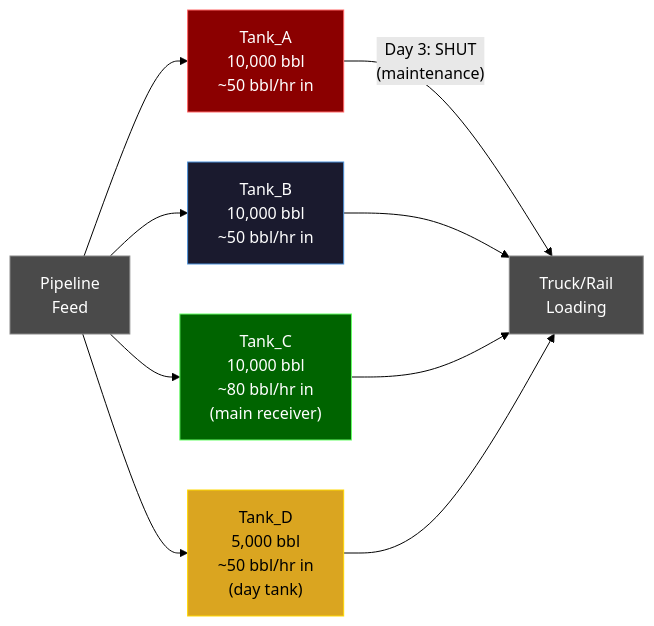
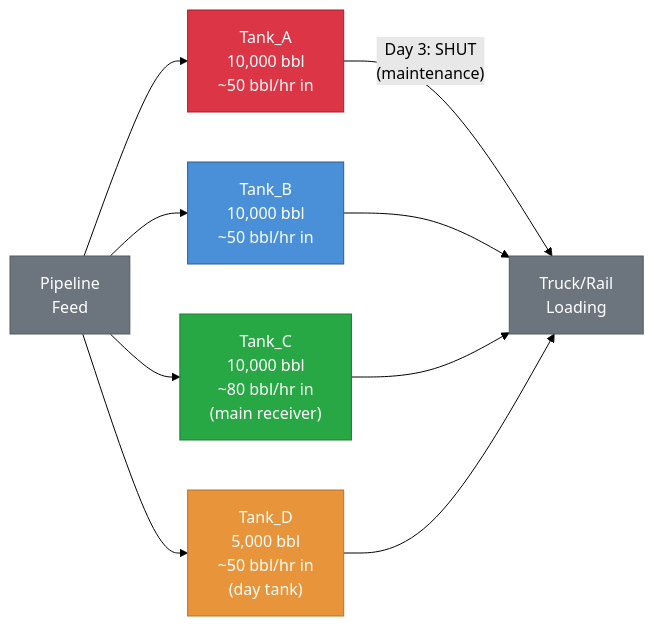
The seventh of 7 diagrams in docs/simulation/patterns/process_engineering.md (henryodibi11/Odibi), drawn with Mermaid (forest theme) before and after one commit. The commit also changed other lines of this file and 7 other files, not shown here.

First line of the commit message:
Fix mermaid diagram colors for readability across all 26 diagrams

````diff
--- a/docs/simulation/patterns/process_engineering.md
+++ b/docs/simulation/patterns/process_engineering.md
@@ -1566,18 +1566,18 @@
 ```mermaid
 flowchart LR
     P["Pipeline\nFeed"] --> A["Tank_A\n10,000 bbl\n~50 bbl/hr in"]
     P --> B["Tank_B\n10,000 bbl\n~50 bbl/hr in"]
     P --> C["Tank_C\n10,000 bbl\n~80 bbl/hr in\n(main receiver)"]
     P --> D["Tank_D\n5,000 bbl\n~50 bbl/hr in\n(day tank)"]
     A -->|"Day 3: SHUT\n(maintenance)"| T1["Truck/Rail\nLoading"]
     B --> T1
     C --> T1
     D --> T1
 
-    style A fill:#8B0000,stroke:#ff6666,color:#ffffff
-    style B fill:#1a1a2e,stroke:#4a90d9,color:#ffffff
-    style C fill:#006400,stroke:#66ff66,color:#ffffff
-    style D fill:#DAA520,stroke:#FFD700,color:#000000
-    style P fill:#4a4a4a,stroke:#888888,color:#ffffff
-    style T1 fill:#4a4a4a,stroke:#888888,color:#ffffff
+    style A fill:#dc3545,stroke:#a71d2a,color:#ffffff
+    style B fill:#4a90d9,stroke:#2c5f8a,color:#ffffff
+    style C fill:#28a745,stroke:#1e7e34,color:#ffffff
+    style D fill:#e8943a,stroke:#b8732e,color:#ffffff
+    style P fill:#6c757d,stroke:#545b62,color:#ffffff
+    style T1 fill:#6c757d,stroke:#545b62,color:#ffffff
 ```
````
